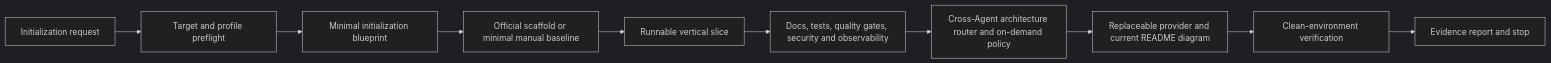
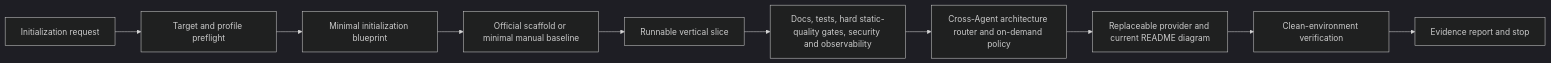
The second of 2 diagrams in docs/architecture.md (helloimcx/skills), drawn with Mermaid (dark theme) before and after one commit. The commit also changed other lines of this file and 11 other files, not shown here.

Commit message:
feat: make static quality metrics hard gates

````diff
--- a/docs/architecture.md
+++ b/docs/architecture.md
@@ -60,12 +60,12 @@
 ```mermaid
 flowchart LR
     A["Initialization request"] --> B["Target and profile preflight"]
     B --> C["Minimal initialization blueprint"]
     C --> D["Official scaffold or minimal manual baseline"]
     D --> E["Runnable vertical slice"]
-    E --> F["Docs, tests, quality gates, security and observability"]
+    E --> F["Docs, tests, hard static-quality gates, security and observability"]
     F --> P["Cross-Agent architecture router and on-demand policy"]
     P --> R["Replaceable provider and current README diagram"]
     R --> G["Clean-environment verification"]
     G --> H["Evidence report and stop"]
 ```
````
